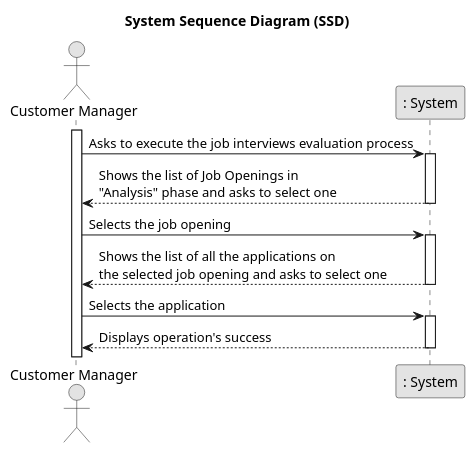
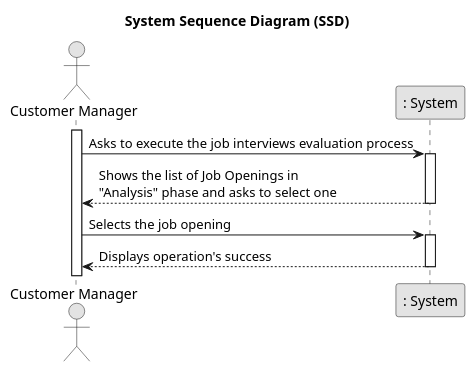
One commit to MiguelCardoso77/LAPR4 changed the diagram in docs/SprintC/1-job-interviews-evaluation/system-sequence-diagram.puml. Above: the diagram before and after it, drawn with PlantUML. The commit also changed 3 other files, not shown here.

```diff
--- a/docs/SprintC/1-job-interviews-evaluation/system-sequence-diagram.puml
+++ b/docs/SprintC/1-job-interviews-evaluation/system-sequence-diagram.puml
@@ -1,39 +1,31 @@
 @startuml
 'https://plantuml.com/sequence-diagram
 
 skinparam monochrome true
 skinparam packageStyle rectangle
 skinparam shadowing false
 
 title System Sequence Diagram (SSD)
 
 actor "Customer Manager" as CM
 participant ": System" as S
 
 activate CM
 
 CM -> S : Asks to execute the job interviews evaluation process
 
 activate S
 
 S --> CM : Shows the list of Job Openings in \n"Analysis" phase and asks to select one
 
 deactivate S
 
 CM -> S :  Selects the job opening
 
 activate S
 
-S --> CM : Shows the list of all the applications on \nthe selected job opening and asks to select one
-
-deactivate S
-
-CM -> S : Selects the application
-
-activate S
-
 S --> CM : Displays operation's success
 
 deactivate S
 
 @enduml
```
